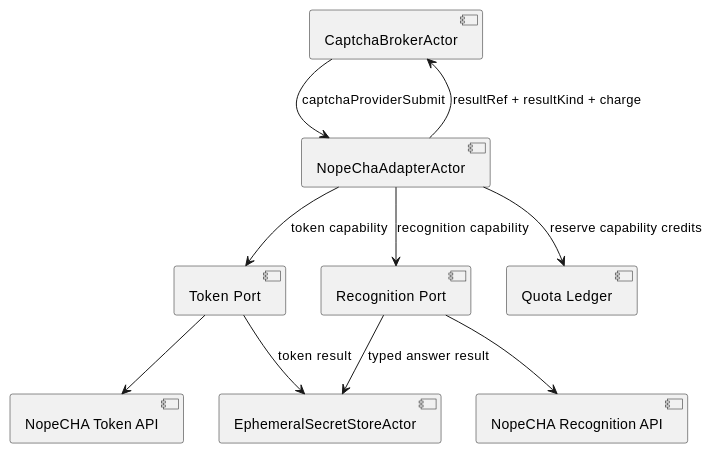
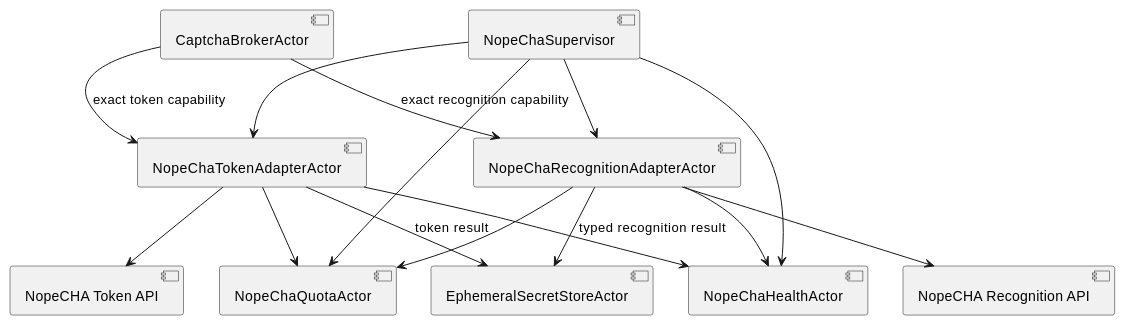
The first of 2 diagrams in roam/design/starintel-pro-actors/STAR-PRO-CAPTCHA-002-nopecha-adapter.org (lost-rob0t/starintel-auto-research), drawn with PlantUML before and after one commit. The commit also changed other lines of this file, not shown here.

Commit message:
separate NopeCHA token and recognition runtime actors

```diff
--- a/roam/design/starintel-pro-actors/STAR-PRO-CAPTCHA-002-nopecha-adapter.org
+++ b/roam/design/starintel-pro-actors/STAR-PRO-CAPTCHA-002-nopecha-adapter.org
@@ -56,22 +30,28 @@
 #+begin_src plantuml
 @startuml
-component "CaptchaBrokerActor" as Broker
-component "NopeChaAdapterActor" as Adapter
-component "Token Port" as TokenPort
-component "Recognition Port" as RecognitionPort
-component "Quota Ledger" as Quota
+component "NopeChaSupervisor" as Supervisor
+component "NopeChaTokenAdapterActor" as TokenActor
+component "NopeChaRecognitionAdapterActor" as RecognitionActor
+component "NopeChaQuotaActor" as Quota
+component "NopeChaHealthActor" as Health
 component "NopeCHA Token API" as TokenAPI
 component "NopeCHA Recognition API" as RecognitionAPI
 component "EphemeralSecretStoreActor" as Secrets
+component "CaptchaBrokerActor" as Broker
 
-Broker --> Adapter : captchaProviderSubmit
-Adapter --> Quota : reserve capability credits
-Adapter --> TokenPort : token capability
-Adapter --> RecognitionPort : recognition capability
-TokenPort --> TokenAPI
-RecognitionPort --> RecognitionAPI
-TokenPort --> Secrets : token result
-RecognitionPort --> Secrets : typed answer result
-Adapter --> Broker : resultRef + resultKind + charge
+Supervisor --> TokenActor
+Supervisor --> RecognitionActor
+Supervisor --> Quota
+Supervisor --> Health
+Broker --> TokenActor : exact token capability
+Broker --> RecognitionActor : exact recognition capability
+TokenActor --> TokenAPI
+RecognitionActor --> RecognitionAPI
+TokenActor --> Quota
+RecognitionActor --> Quota
+TokenActor --> Health
+RecognitionActor --> Health
+TokenActor --> Secrets : token result
+RecognitionActor --> Secrets : typed recognition result
 @enduml
 #+end_src
```
